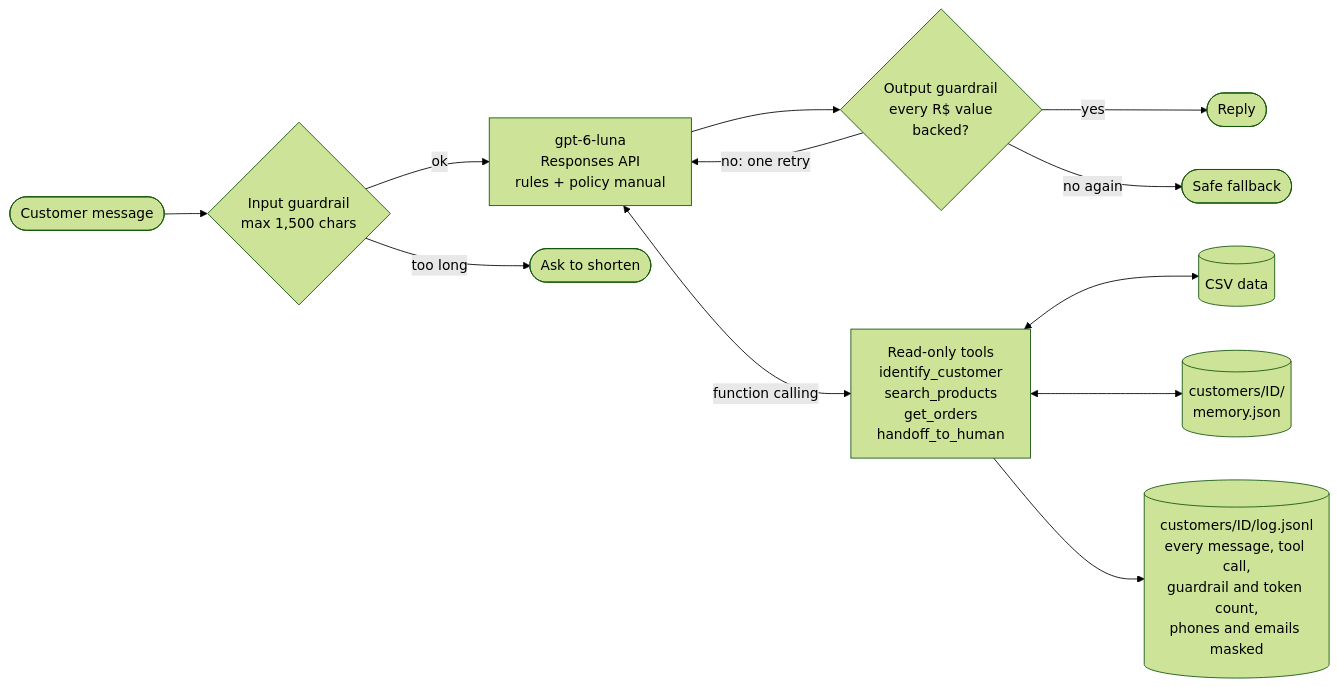
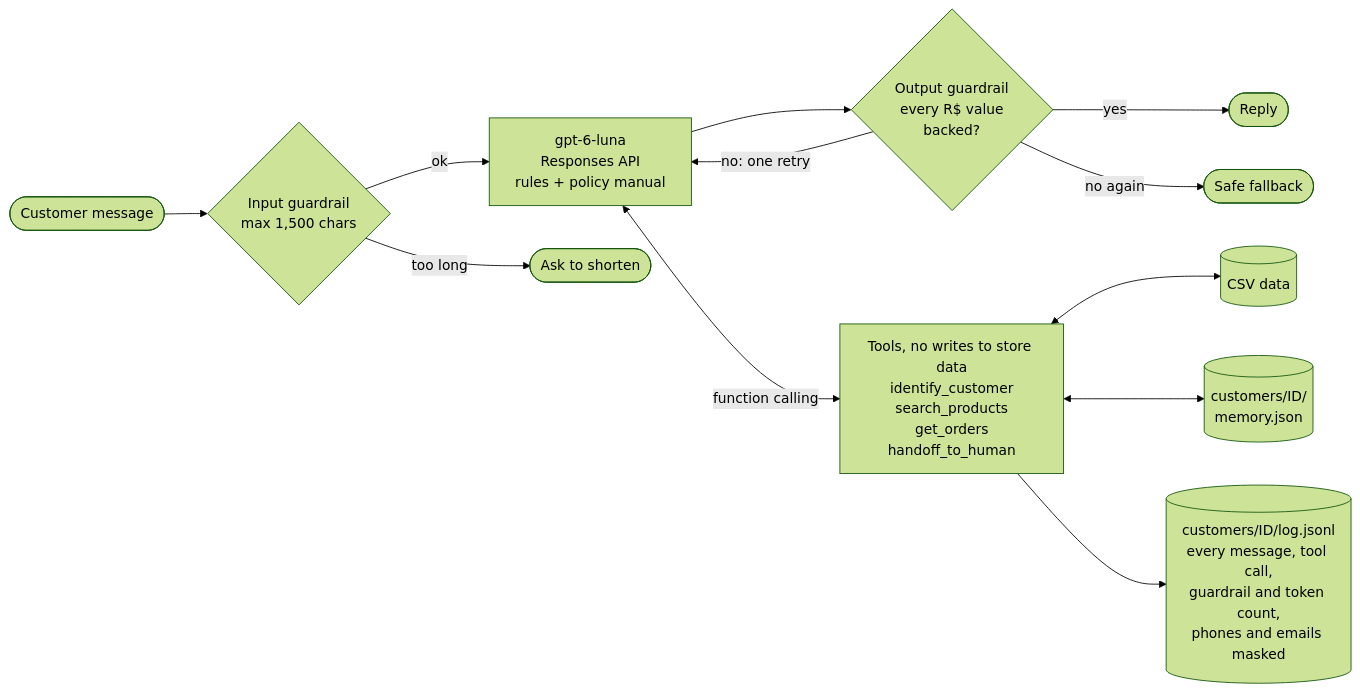
Before and after one commit to Appa019/emporio-da-musica-agent: the diagram in README.md, drawn with Mermaid (forest theme). The commit also changed other lines of this file, not shown here.

Commit message:
docs: correct identity, tool and data-retention claims in the README

````diff
--- a/README.md
+++ b/README.md
@@ -84,14 +84,14 @@
 ```mermaid
 flowchart LR
     C([Customer message]) --> G1{"Input guardrail<br/>max 1,500 chars"}
     G1 -- ok --> M["gpt-6-luna<br/>Responses API<br/>rules + policy manual"]
     G1 -- too long --> S1([Ask to shorten])
     M --> G2{"Output guardrail<br/>every R$ value<br/>backed?"}
     G2 -- yes --> R([Reply])
     G2 -- "no: one retry" --> M
     G2 -- no again --> F([Safe fallback])
-    M <-- function calling --> T["Read-only tools<br/>identify_customer<br/>search_products<br/>get_orders<br/>handoff_to_human"]
+    M <-- function calling --> T["Tools, no writes to store data<br/>identify_customer<br/>search_products<br/>get_orders<br/>handoff_to_human"]
     T <--> D[("CSV data")]
     T <--> MEM[("customers/ID/<br/>memory.json")]
     T --> LOG[("customers/ID/log.jsonl<br/>every message, tool call,<br/>guardrail and token count,<br/>phones and emails masked")]
 ```
````
